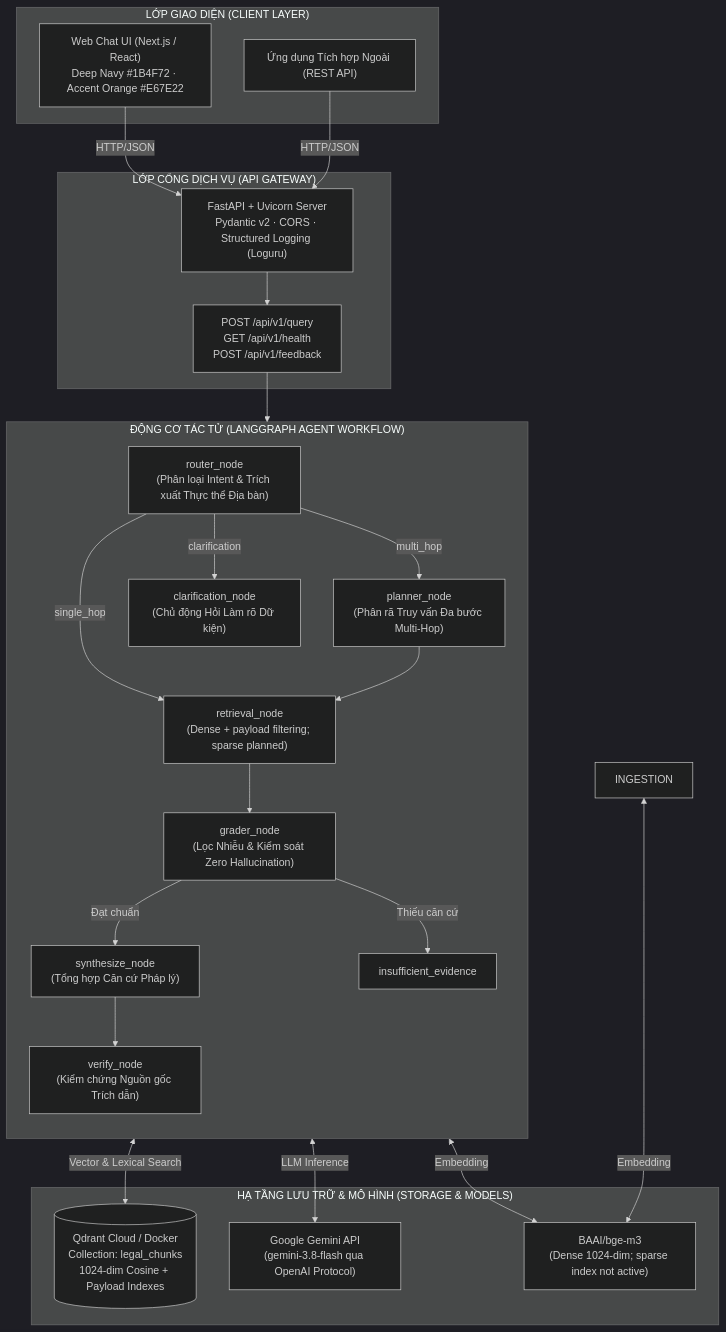
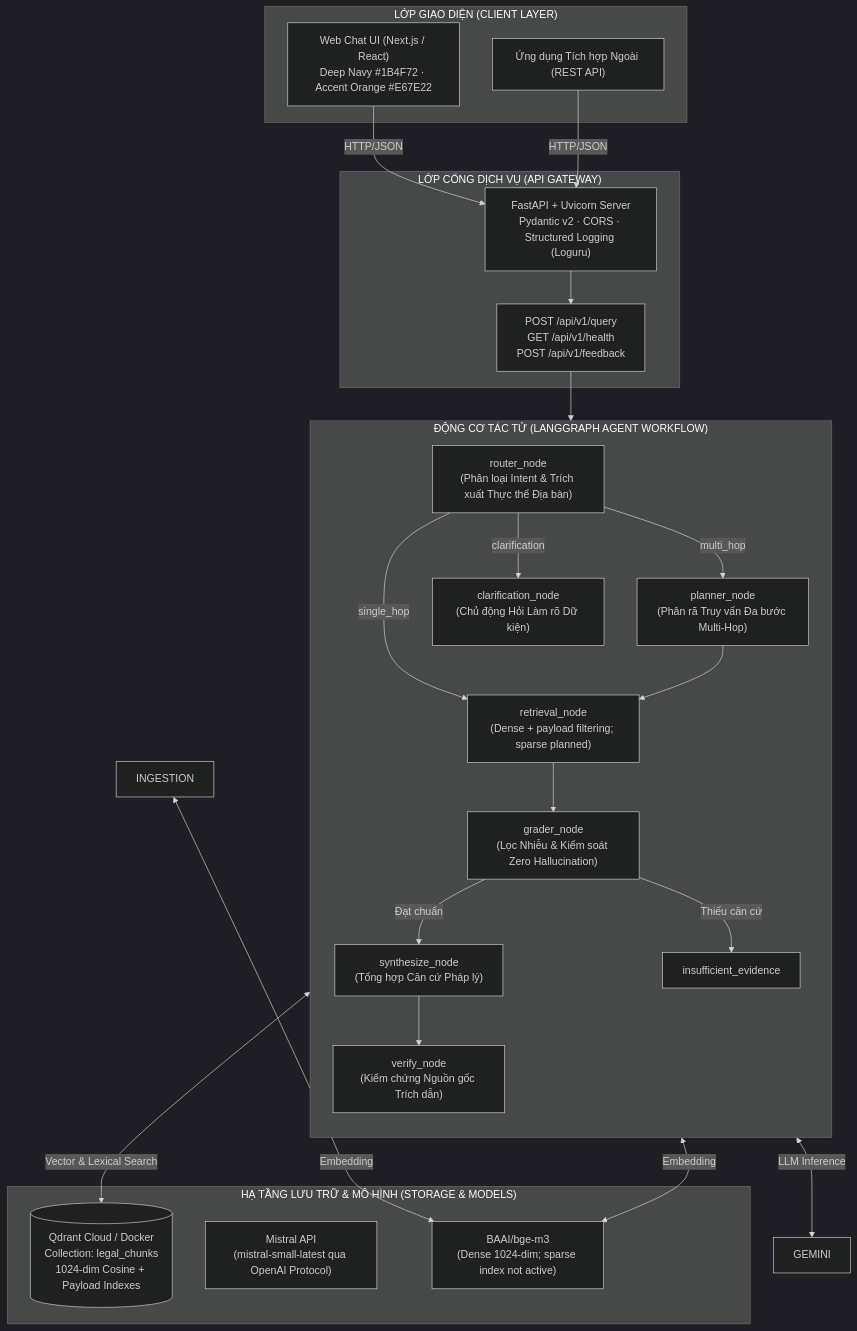
One commit to dovh25/agentic-rag-legal-qa-hanoi changed the first of 3 diagrams in docs/architecture/README.md. Above: the diagram before and after it, drawn with Mermaid (dark theme). The commit also changed other lines of this file and 11 other files, not shown here.

````diff
--- a/docs/architecture/README.md
+++ b/docs/architecture/README.md
@@ -15,44 +15,44 @@
 ```mermaid
 graph TB
     subgraph CLIENT["LỚP GIAO DIỆN (CLIENT LAYER)"]
         UI["Web Chat UI (Next.js / React)\nDeep Navy #1B4F72 · Accent Orange #E67E22"]
         EXT_APP["Ứng dụng Tích hợp Ngoài (REST API)"]
     end
 
     subgraph GATEWAY["LỚP CỔNG DỊCH VỤ (API GATEWAY)"]
         FA["FastAPI + Uvicorn Server\nPydantic v2 · CORS · Structured Logging (Loguru)"]
         ENDPOINTS["POST /api/v1/query\nGET /api/v1/health\nPOST /api/v1/feedback"]
     end
 
     subgraph AGENT_ENGINE["ĐỘNG CƠ TÁC TỬ (LANGGRAPH AGENT WORKFLOW)"]
         direction TB
         ROUTER["router_node\n(Phân loại Intent & Trích xuất Thực thể Địa bàn)"]
         PLANNER["planner_node\n(Phân rã Truy vấn Đa bước Multi-Hop)"]
         RETRIEVER["retrieval_node\n(Dense + payload filtering; sparse planned)"]
         GRADER["grader_node\n(Lọc Nhiễu & Kiểm soát Zero Hallucination)"]
         SYNTHESIZER["synthesize_node\n(Tổng hợp Căn cứ Pháp lý)"]
         VERIFIER["verify_node\n(Kiểm chứng Nguồn gốc Trích dẫn)"]
         CLARIFIER["clarification_node\n(Chủ động Hỏi Làm rõ Dữ kiện)"]
 
         ROUTER -->|single_hop| RETRIEVER
         ROUTER -->|multi_hop| PLANNER
         ROUTER -->|clarification| CLARIFIER
         PLANNER --> RETRIEVER
         RETRIEVER --> GRADER
         GRADER -->|Đạt chuẩn| SYNTHESIZER
         GRADER -->|Thiếu căn cứ| REFUSE["insufficient_evidence"]
         SYNTHESIZER --> VERIFIER
     end
 
     subgraph INFRASTRUCTURE["HẠ TẦNG LƯU TRỮ & MÔ HÌNH (STORAGE & MODELS)"]
         QDRANT[("Qdrant Cloud / Docker\nCollection: legal_chunks\n1024-dim Cosine + Payload Indexes")]
-        GEMINI["Google Gemini API\n(gemini-3.8-flash qua OpenAI Protocol)"]
+        MISTRAL["Mistral API\n(mistral-small-latest qua OpenAI Protocol)"]
         BGEM3["BAAI/bge-m3\n(Dense 1024-dim; sparse index not active)"]
     end
 
     UI & EXT_APP -->|HTTP/JSON| FA
     FA --> ENDPOINTS --> AGENT_ENGINE
     RETRIEVER <-->|Vector & Lexical Search| QDRANT
     SYNTHESIZER <-->|LLM Inference| GEMINI
     RETRIEVER & INGESTION <-->|Embedding| BGEM3
 ```
````
